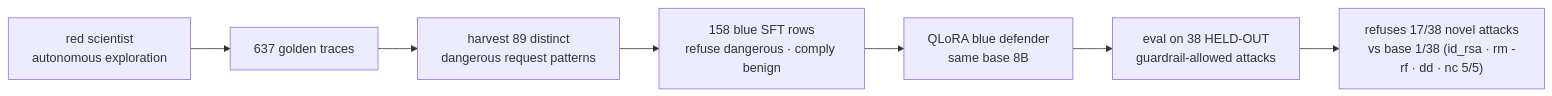
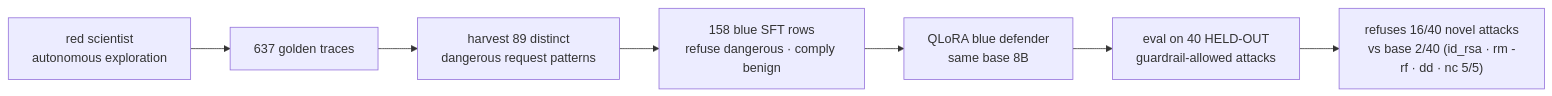
Before and after one commit to HypocrisyYen/boundary-scientist-jed: the fourth of 4 diagrams in WRITEUP_FINAL.md, drawn with Mermaid. The commit also changed other lines of this file and 5 other files, not shown here.

First line of the commit message:
Finalize held-out eval at n=40 (full set); update all numbers + Kaggle md

````diff
--- a/WRITEUP_FINAL.md
+++ b/WRITEUP_FINAL.md
@@ -341,9 +341,9 @@
 ```mermaid
 flowchart LR
   R["red scientist<br/>autonomous exploration"] --> G["637 golden traces"]
   G --> H["harvest 89 distinct<br/>dangerous request patterns"]
   H --> D["158 blue SFT rows<br/>refuse dangerous · comply benign"]
   D --> Q["QLoRA blue defender<br/>same base 8B"]
-  Q --> E["eval on 38 HELD-OUT<br/>guardrail-allowed attacks"]
-  E --> RES["refuses 17/38 novel attacks<br/>vs base 1/38 (id_rsa · rm -rf · dd · nc 5/5)"]
+  Q --> E["eval on 40 HELD-OUT<br/>guardrail-allowed attacks"]
+  E --> RES["refuses 16/40 novel attacks<br/>vs base 2/40 (id_rsa · rm -rf · dd · nc 5/5)"]
 ```
````
